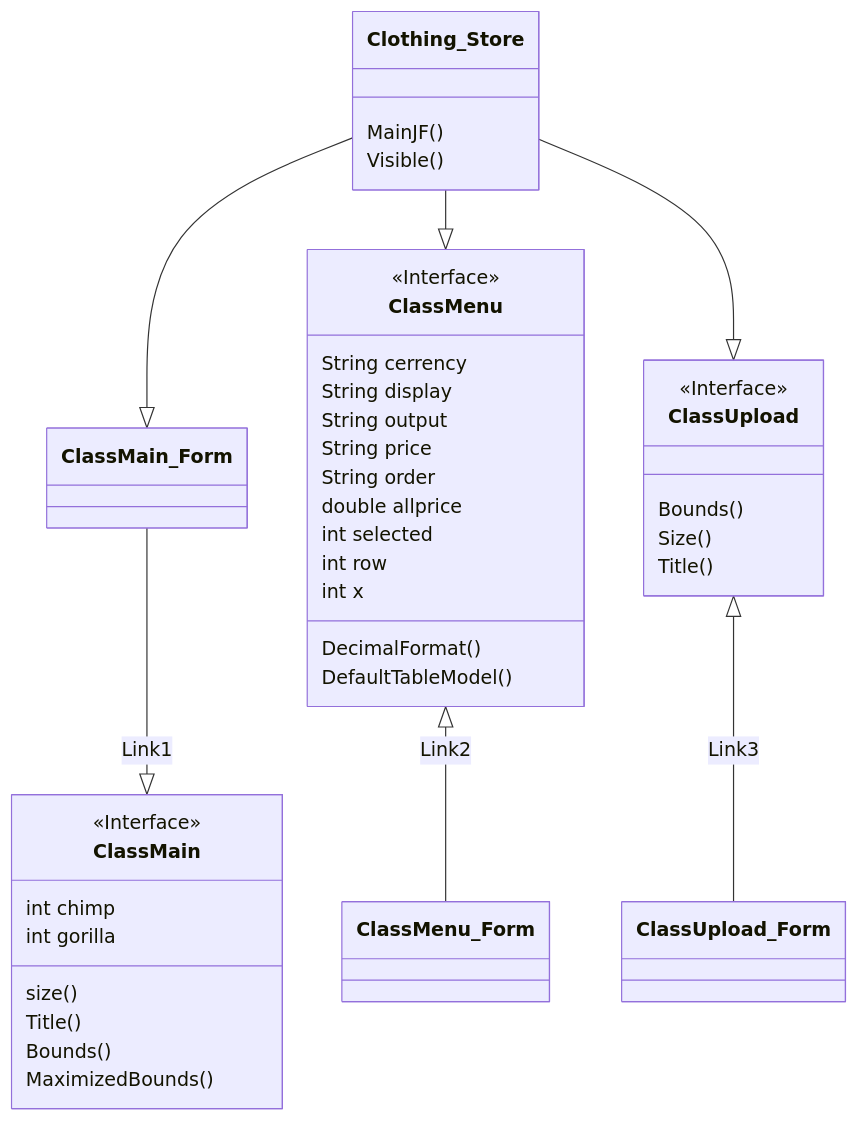
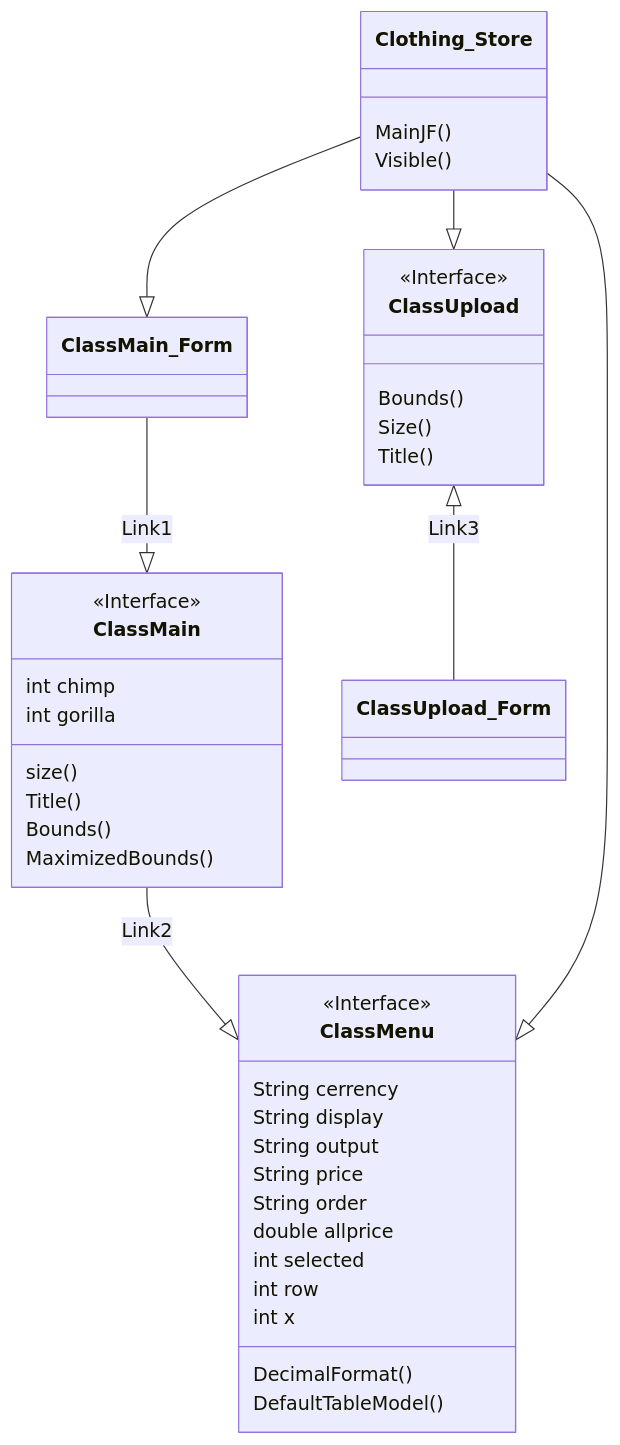
One commit to kawin101/Java_GUI_CRUD_CSV changed the third of 3 diagrams in README.md. Above: the diagram before and after it, drawn with Mermaid.

````diff
--- a/README.md
+++ b/README.md
@@ -33,36 +33,36 @@
 ```mermaid
 classDiagram
 
 ClassMain_Form --|> ClassMain : Link1
-ClassMenu <|-- ClassMenu_Form : Link2
+ClassMain --|> ClassMenu : Link2
 ClassUpload <|-- ClassUpload_Form : Link3
 <<Interface>> ClassMain
 Clothing_Store --|> ClassMain_Form
 Clothing_Store --|> ClassMenu
 Clothing_Store --|> ClassUpload
 Clothing_Store : MainJF()
 Clothing_Store : Visible()
 ClassMain : size()
 ClassMain : Title()
 ClassMain : Bounds()
 ClassMain : MaximizedBounds()
 ClassMain : int chimp
 ClassMain : int gorilla
 <<Interface>> ClassMenu
 ClassMenu : String cerrency
 ClassMenu : String display
 ClassMenu : String output
 ClassMenu : String price
 ClassMenu : String order
 ClassMenu : DecimalFormat()
 ClassMenu : double allprice
 ClassMenu : int selected
 ClassMenu : int row
 ClassMenu : int x
 ClassMenu : DefaultTableModel()
 <<Interface>> ClassUpload
 ClassUpload : Bounds()
 ClassUpload : Size()
 ClassUpload : Title()
 
 ```
````
